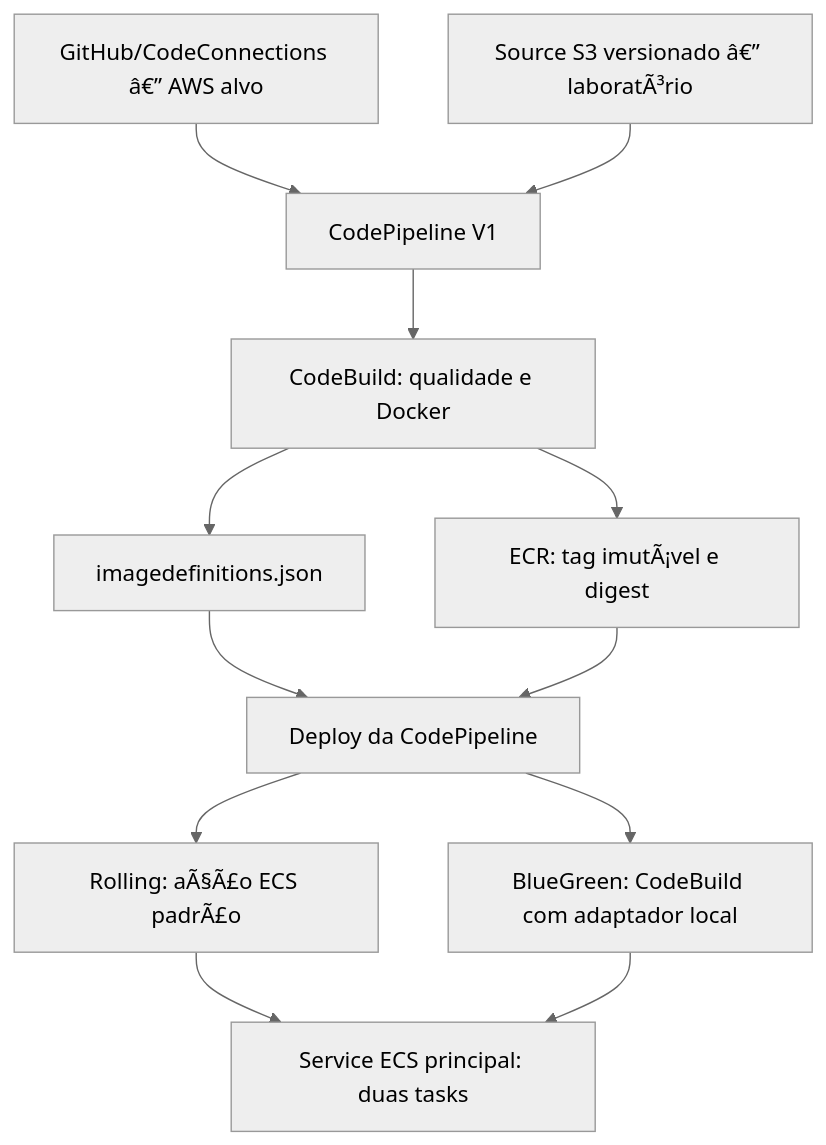
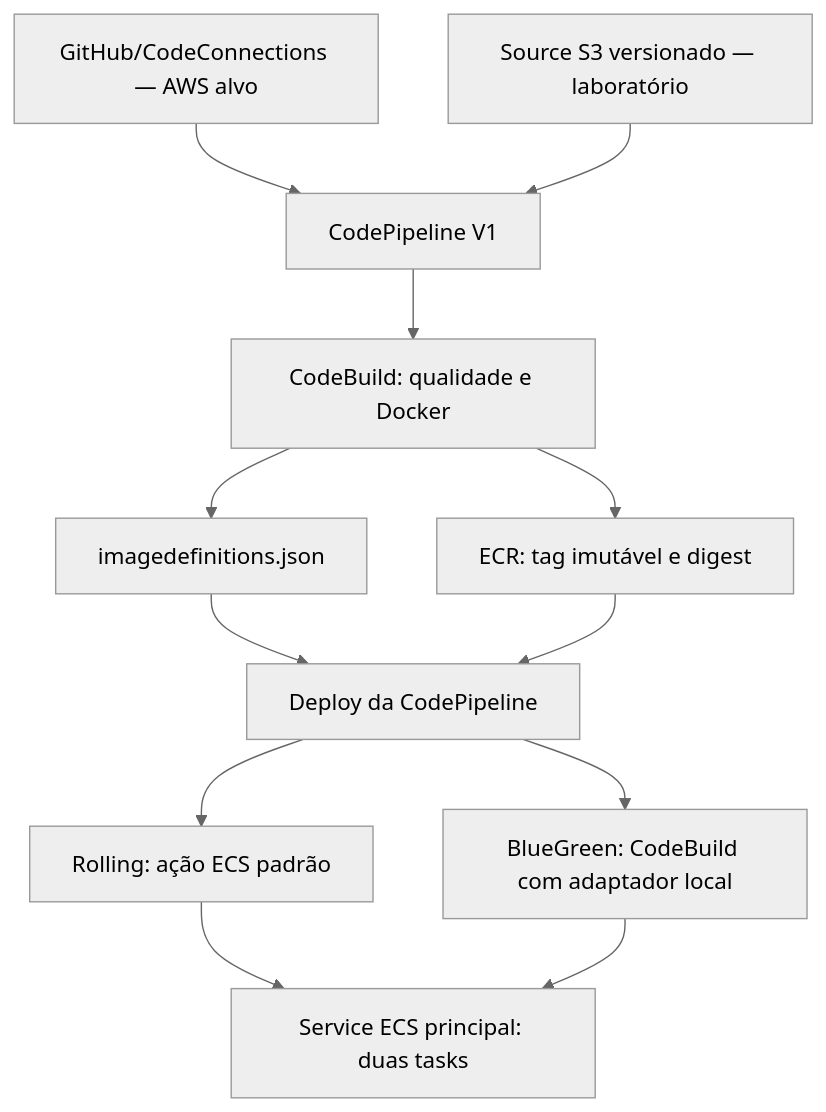
One commit to fernetone/cloudtasks-aws-portfolio changed the first of 2 diagrams in docs/ARCHITECTURE.md. Above: the diagram before and after it, drawn with Mermaid (neutral theme). The commit also changed other lines of this file and 7 other files, not shown here.

````diff
--- a/docs/ARCHITECTURE.md
+++ b/docs/ARCHITECTURE.md
@@ -9,14 +9,14 @@
 ```mermaid
 flowchart TD
-  source["GitHub/CodeConnections â€” AWS alvo"] --> cp["CodePipeline V1"]
-  s3["Source S3 versionado â€” laboratÃ³rio"] --> cp
+  source["GitHub/CodeConnections — AWS alvo"] --> cp["CodePipeline V1"]
+  s3["Source S3 versionado — laboratório"] --> cp
   cp --> cb["CodeBuild: qualidade e Docker"]
-  cb --> ecr["ECR: tag imutÃ¡vel e digest"]
+  cb --> ecr["ECR: tag imutável e digest"]
   cb --> artifact["imagedefinitions.json"]
   artifact --> deploy["Deploy da CodePipeline"]
-  deploy --> rolling["Rolling: aÃ§Ã£o ECS padrÃ£o"]
+  deploy --> rolling["Rolling: ação ECS padrão"]
   deploy --> bg["BlueGreen: CodeBuild com adaptador local"]
   ecr --> deploy
   rolling --> ecs["Service ECS principal: duas tasks"]
   bg --> ecs
 ```
````
